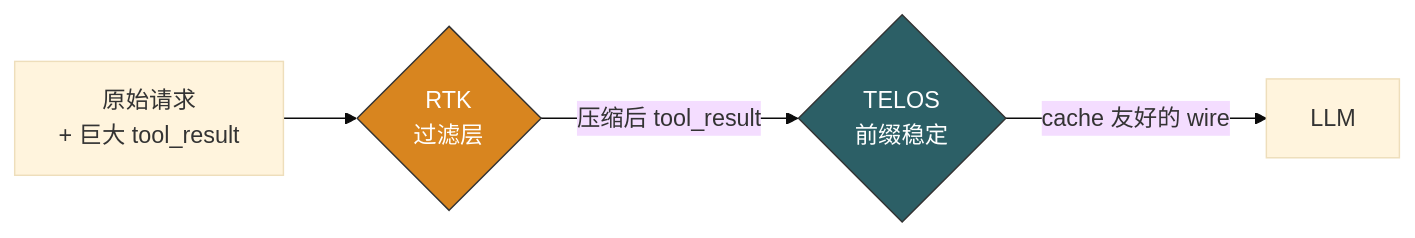
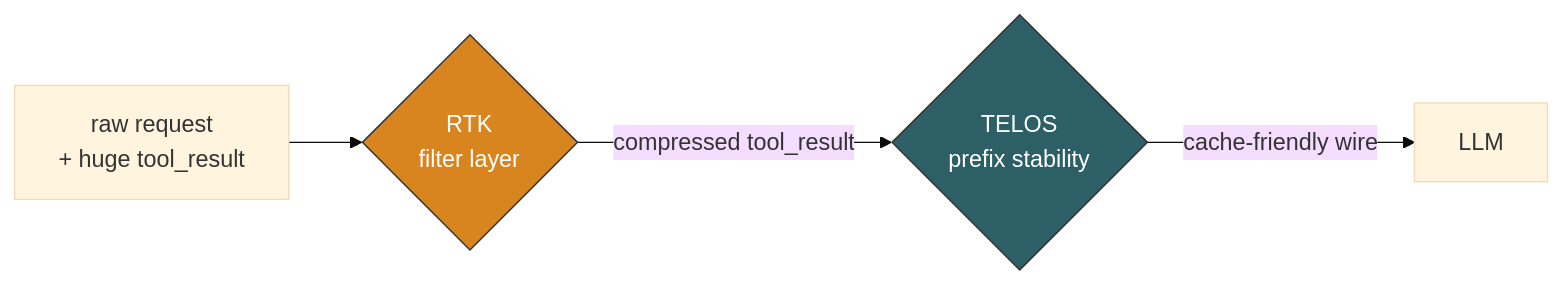
One commit to telos-pro/telos-sdk changed the third of 8 diagrams in docs/playbook.md. Above: the diagram before and after it, drawn with Mermaid (base theme). The commit also changed other lines of this file and 93 other files, not shown here.

````diff
--- a/docs/playbook.md
+++ b/docs/playbook.md
@@ -177,9 +177,9 @@
 ```mermaid
 flowchart LR
-  Raw["原始请求<br/>+ 巨大 tool_result"] --> RTK{"RTK<br/>过滤层"}
-  RTK -- "压缩后 tool_result" --> TELOS{"TELOS<br/>前缀稳定"}
-  TELOS -- "cache 友好的 wire" --> LLM[LLM]
+  Raw["raw request<br/>+ huge tool_result"] --> RTK{"RTK<br/>filter layer"}
+  RTK -- "compressed tool_result" --> TELOS{"TELOS<br/>prefix stability"}
+  TELOS -- "cache-friendly wire" --> LLM[LLM]
 
   style RTK fill:#d8851f,stroke:#333,color:#fff
   style TELOS fill:#2C5F66,stroke:#333,color:#fff
 ```
````
